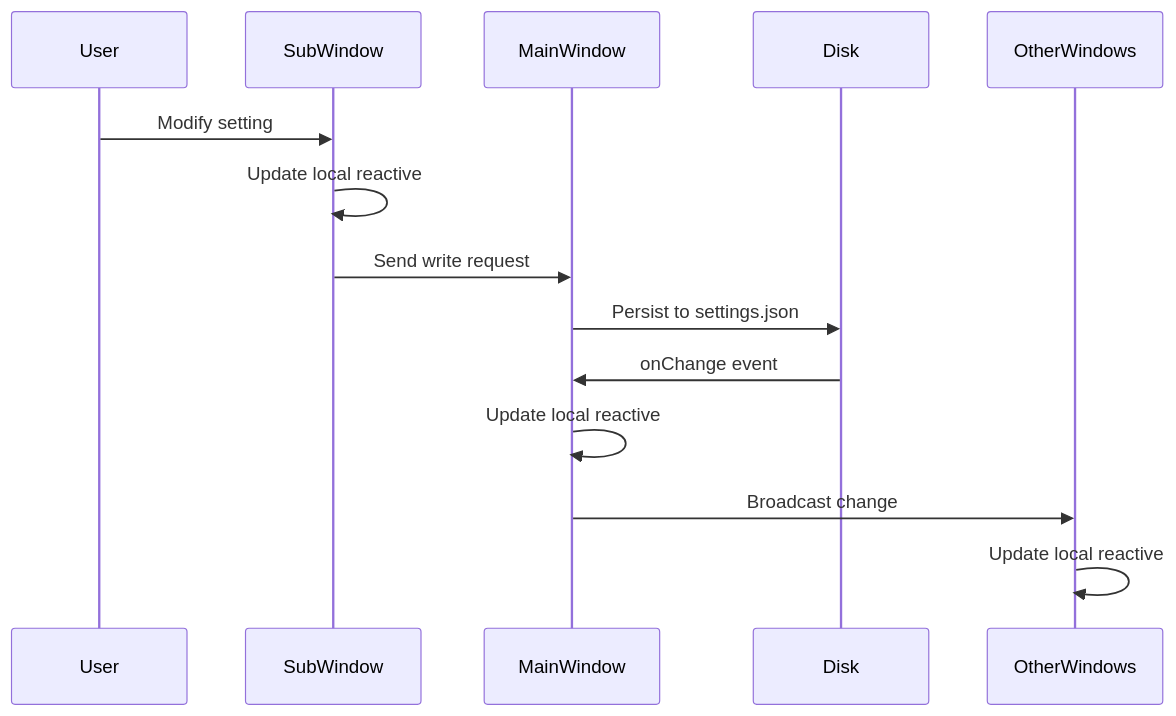
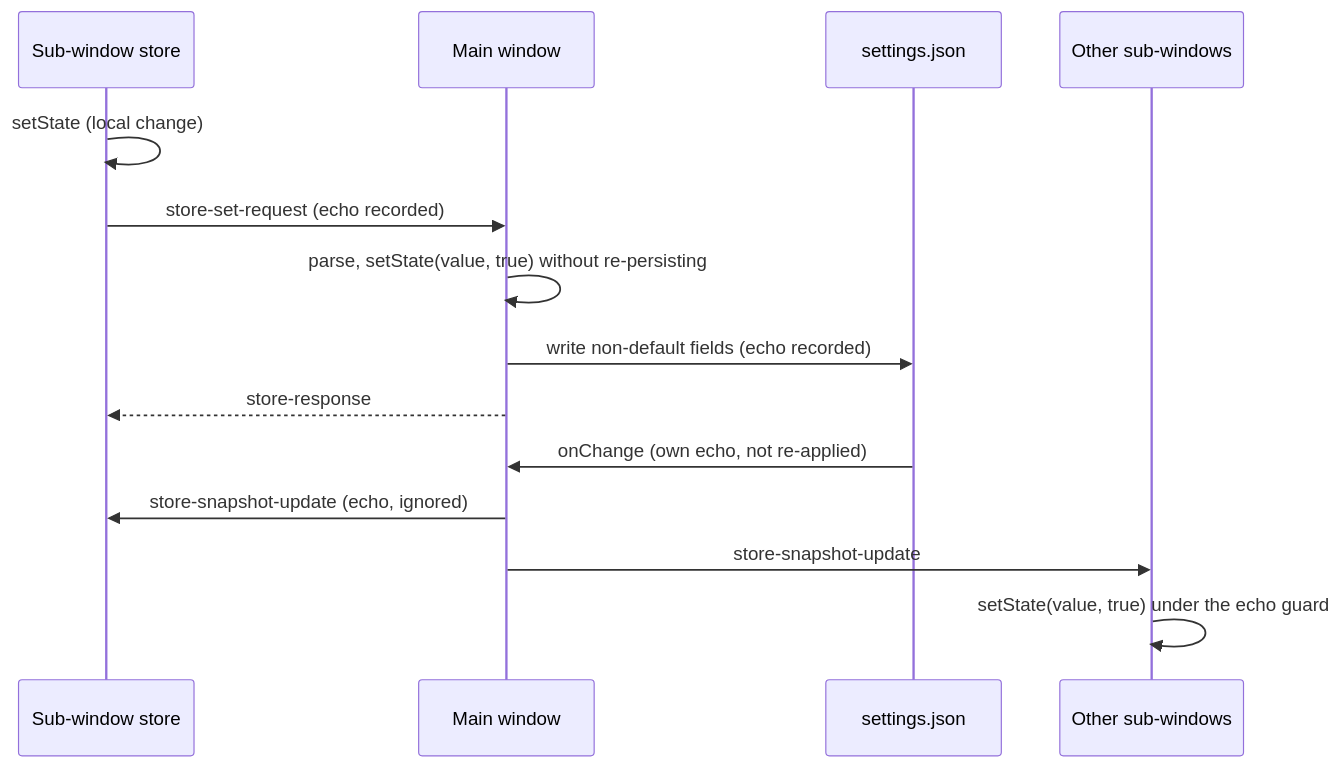
One commit to develar/branch-deck changed the second of 2 diagrams in docs/design/distributed-settings.md. Above: the diagram before and after it, drawn with Mermaid. The commit also changed other lines of this file and 123 other files, not shown here.

````diff
--- a/docs/design/distributed-settings.md
+++ b/docs/design/distributed-settings.md
@@ -50,17 +49,17 @@
 ```mermaid
 sequenceDiagram
-    participant User
-    participant SubWindow
-    participant MainWindow
-    participant Disk
-    participant OtherWindows
+    participant Sub as Sub-window store
+    participant Main as Main window
+    participant Disk as settings.json
+    participant Others as Other sub-windows
 
-    User->>SubWindow: Modify setting
-    SubWindow->>SubWindow: Update local reactive
-    SubWindow->>MainWindow: Send write request
-    MainWindow->>Disk: Persist to settings.json
-    Disk->>MainWindow: onChange event
-    MainWindow->>MainWindow: Update local reactive
-    MainWindow->>OtherWindows: Broadcast change
-    OtherWindows->>OtherWindows: Update local reactive
+    Sub->>Sub: setState (local change)
+    Sub->>Main: store-set-request (echo recorded)
+    Main->>Main: parse, setState(value, true) without re-persisting
+    Main->>Disk: write non-default fields (echo recorded)
+    Main-->>Sub: store-response
+    Disk->>Main: onChange (own echo, not re-applied)
+    Main->>Sub: store-snapshot-update (echo, ignored)
+    Main->>Others: store-snapshot-update
+    Others->>Others: setState(value, true) under the echo guard
 ```
````
